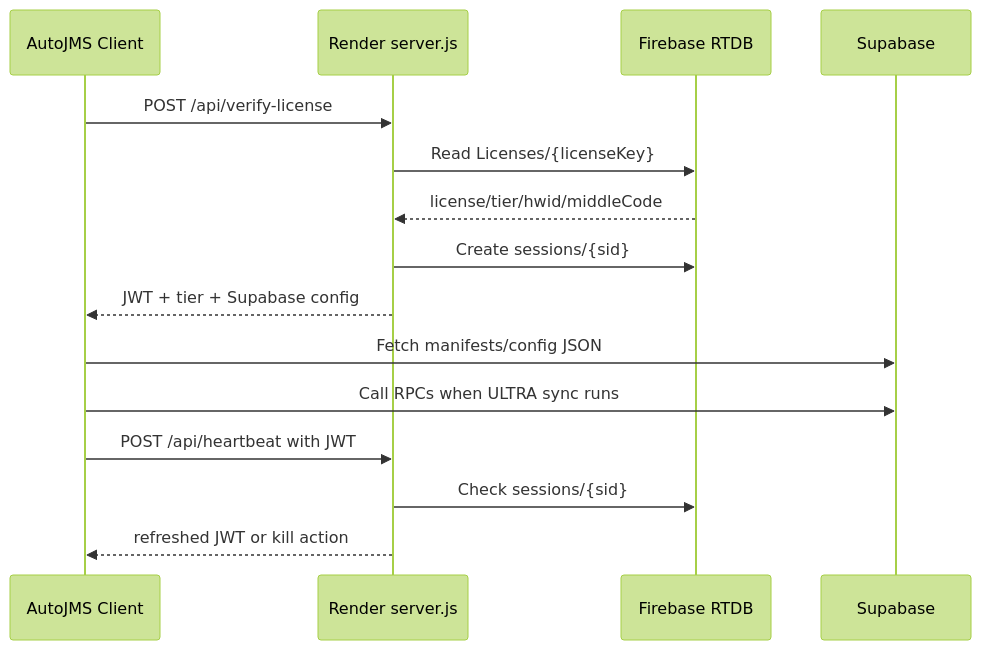
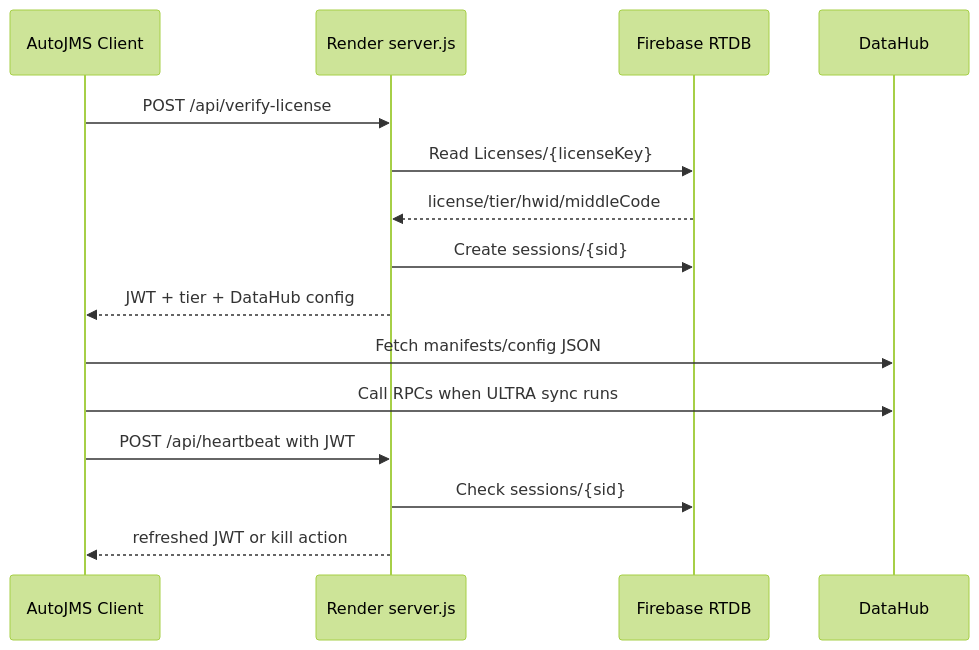
Before and after one commit to Datt03-sss/AutoJMS: the diagram in backend/BACKEND_OPERATIONS.md, drawn with Mermaid (forest theme). The commit also changed other lines of this file and 286 other files, not shown here.

````diff
--- a/backend/BACKEND_OPERATIONS.md
+++ b/backend/BACKEND_OPERATIONS.md
@@ -476,18 +476,18 @@
 ```mermaid
 sequenceDiagram
     participant Client as AutoJMS Client
     participant Render as Render server.js
     participant Firebase as Firebase RTDB
-    participant Supabase as Supabase
+    participant DataHub as DataHub
 
     Client->>Render: POST /api/verify-license
     Render->>Firebase: Read Licenses/{licenseKey}
     Firebase-->>Render: license/tier/hwid/middleCode
     Render->>Firebase: Create sessions/{sid}
-    Render-->>Client: JWT + tier + Supabase config
-    Client->>Supabase: Fetch manifests/config JSON
-    Client->>Supabase: Call RPCs when ULTRA sync runs
+    Render-->>Client: JWT + tier + DataHub config
+    Client->>DataHub: Fetch manifests/config JSON
+    Client->>DataHub: Call RPCs when ULTRA sync runs
     Client->>Render: POST /api/heartbeat with JWT
     Render->>Firebase: Check sessions/{sid}
     Render-->>Client: refreshed JWT or kill action
 ```
````
